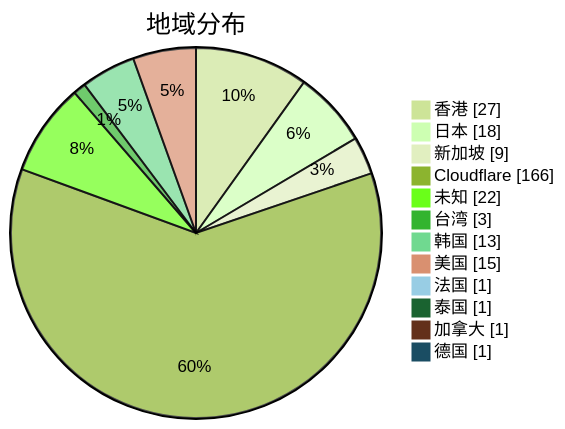
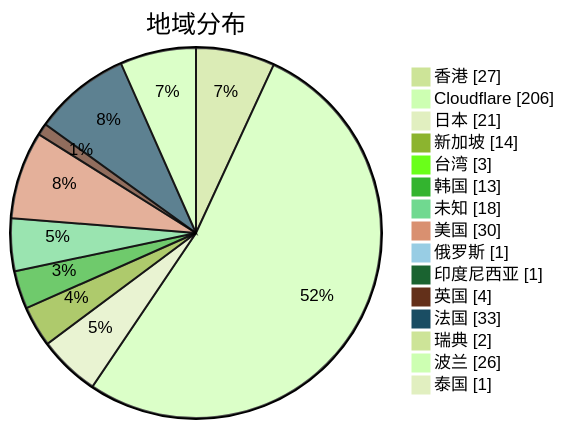
The second of 3 diagrams in subs/statistics/tested_within.md (qjlxg/airport), drawn with Mermaid (forest theme) before and after one commit. The commit also changed other lines of this file and 2 other files, not shown here.

````diff
--- a/subs/statistics/tested_within.md
+++ b/subs/statistics/tested_within.md
@@ -13,16 +13,19 @@
 ```mermaid
 pie showData
 title 地域分布
 "香港" : 27
-"日本" : 18
-"新加坡" : 9
-"Cloudflare" : 166
-"未知" : 22
+"Cloudflare" : 206
+"日本" : 21
+"新加坡" : 14
 "台湾" : 3
 "韩国" : 13
-"美国" : 15
-"法国" : 1
+"未知" : 18
+"美国" : 30
+"俄罗斯" : 1
+"印度尼西亚" : 1
+"英国" : 4
+"法国" : 33
+"瑞典" : 2
+"波兰" : 26
 "泰国" : 1
-"加拿大" : 1
-"德国" : 1
 ```
````
